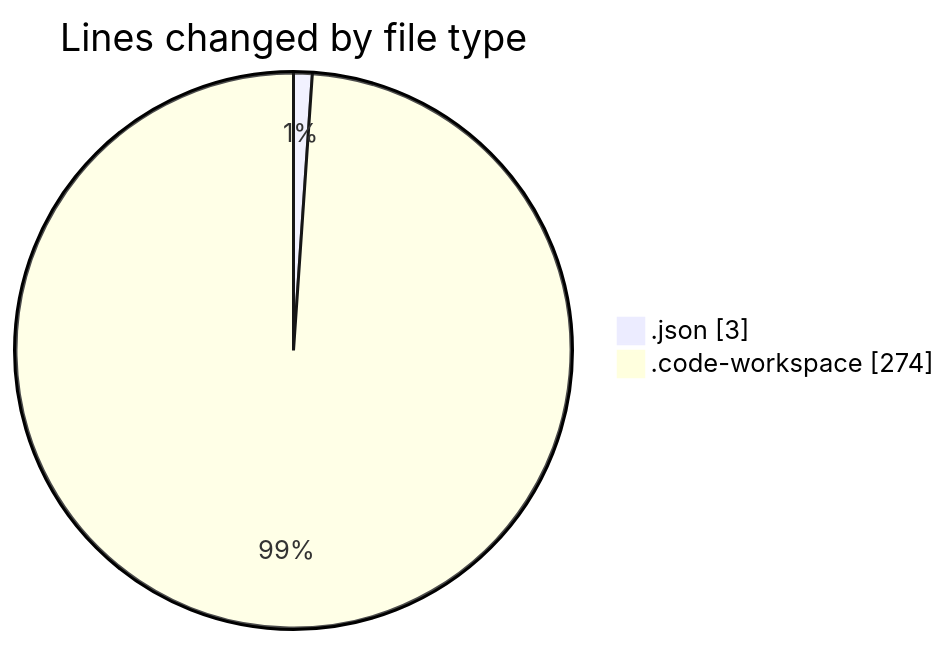
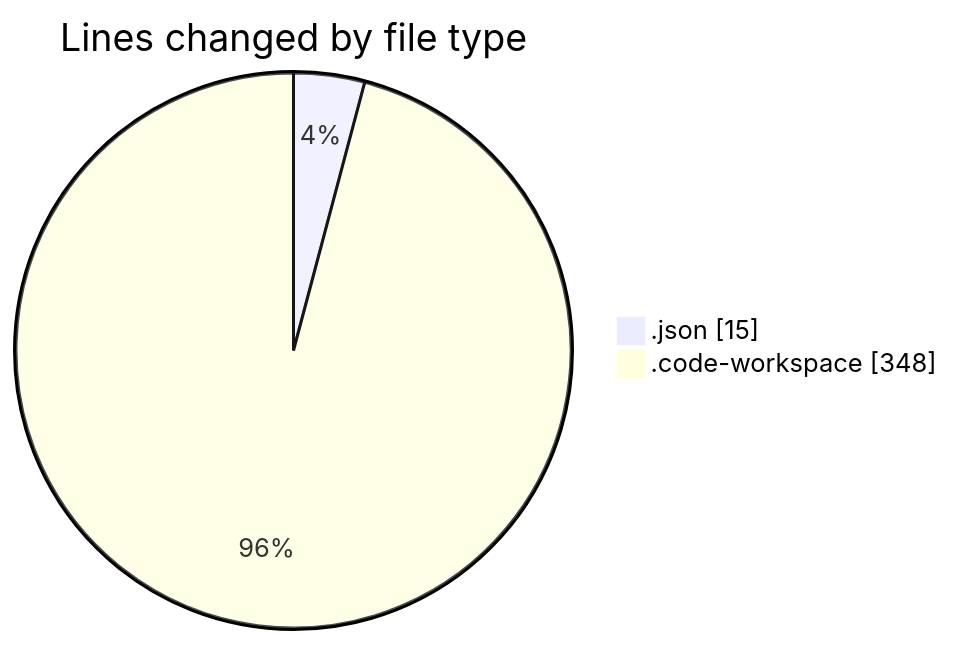
One commit to MatusMokan/code-tracking changed the first of 2 diagrams in 2025-02-25/myws__workspace_/README.md. Above: the diagram before and after it, drawn with Mermaid. The commit also changed other lines of this file and 1 other file, not shown here.

````diff
--- a/2025-02-25/myws__workspace_/README.md
+++ b/2025-02-25/myws__workspace_/README.md
@@ -21,6 +21,6 @@
 ```mermaid
 pie showData
 title Lines changed by file type
-".json" : 3
-".code-workspace" : 274
+".json" : 15
+".code-workspace" : 348
 ```
````
